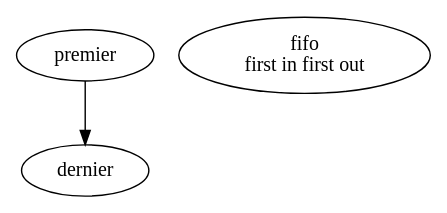
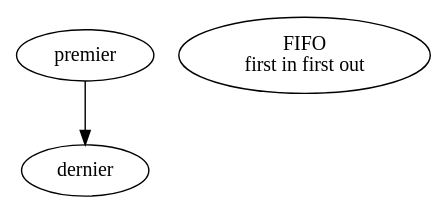
Before and after one commit to ensad-nancy/first-last: the diagram in sujet.dot, drawn with Graphviz.

Commit message:
+	fifo [label="FIFO\nfirst in first out"]

```diff
--- a/sujet.dot
+++ b/sujet.dot
@@ -1,7 +1,7 @@
 digraph {
 
 	premier -> dernier
 
-	fifo [label="fifo\nfirst in first out"]
+	fifo [label="FIFO\nfirst in first out"]
 
 }
```
